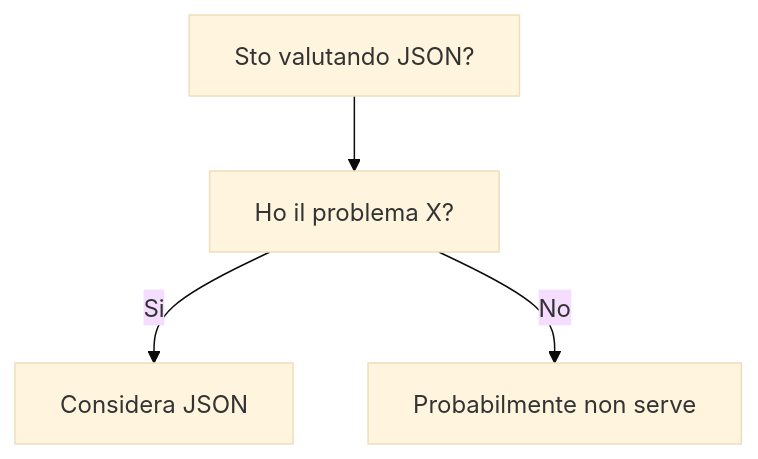
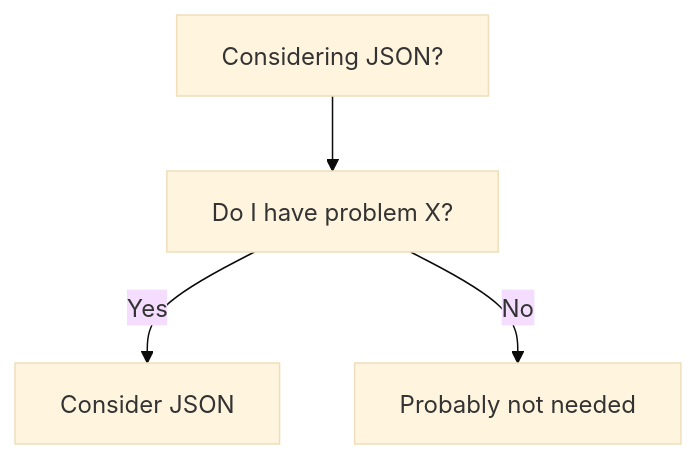
Before and after one commit to HxT9/Software-Dev-Wiki: the diagram in dev-wiki/13_Integration/Serialization/JSON/When_To_Use.md, drawn with Mermaid (base theme). The commit also changed other lines of this file and 3444 other files, not shown here.

````diff
--- a/dev-wiki/13_Integration/Serialization/JSON/When_To_Use.md
+++ b/dev-wiki/13_Integration/Serialization/JSON/When_To_Use.md
@@ -19,6 +19,6 @@
 ```mermaid
 flowchart TD
-  Q[Sto valutando JSON?] --> Q1[Ho il problema X?]
-  Q1 -->|Si| OK[Considera JSON]
-  Q1 -->|No| NO[Probabilmente non serve]
+  Q[Considering JSON?] --> Q1[Do I have problem X?]
+  Q1 -->|Yes| OK[Consider JSON]
+  Q1 -->|No| NO[Probably not needed]
 ```
````
